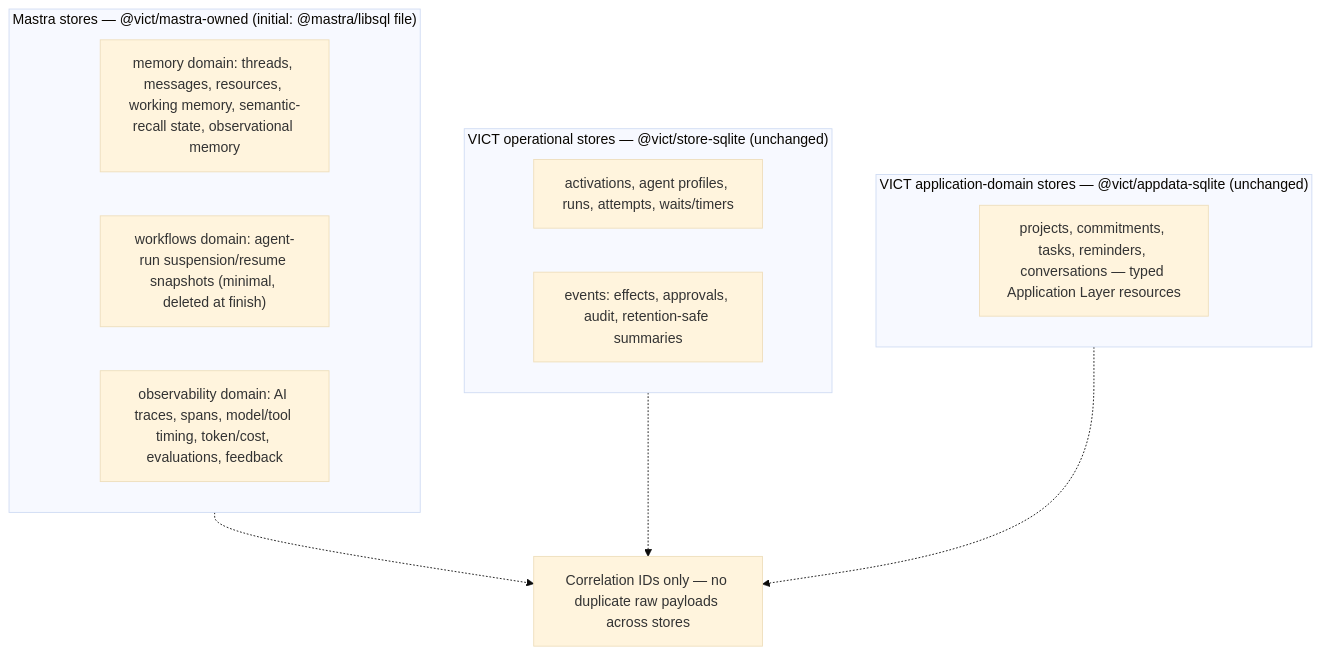
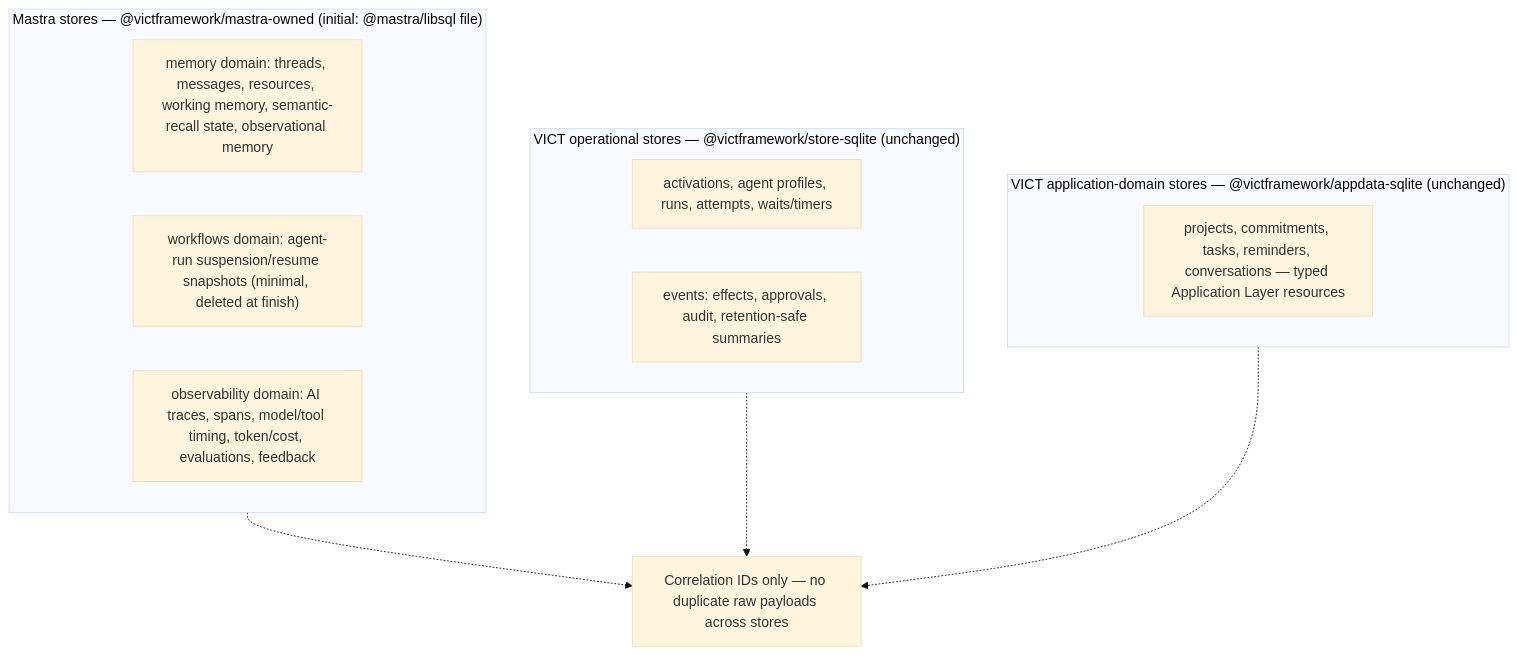
One commit to radz2291/vict-02 changed the third of 4 diagrams in docs/architecture/MASTRA-ARA-INTEGRATION.md. Above: the diagram before and after it, drawn with Mermaid (base theme). The commit also changed other lines of this file and 11 other files, not shown here.

````diff
--- a/docs/architecture/MASTRA-ARA-INTEGRATION.md
+++ b/docs/architecture/MASTRA-ARA-INTEGRATION.md
@@ -771,19 +771,19 @@
 ```mermaid
 flowchart TB
-    subgraph MSTORES["Mastra stores — @vict/mastra-owned (initial: @mastra/libsql file)"]
+    subgraph MSTORES["Mastra stores — @victframework/mastra-owned (initial: @mastra/libsql file)"]
         MEMD["memory domain: threads, messages, resources, working memory, semantic-recall state, observational memory"]
         WFD["workflows domain: agent-run suspension/resume snapshots (minimal, deleted at finish)"]
         OBSDD["observability domain: AI traces, spans, model/tool timing, token/cost, evaluations, feedback"]
     end
-    subgraph VOP["VICT operational stores — @vict/store-sqlite (unchanged)"]
+    subgraph VOP["VICT operational stores — @victframework/store-sqlite (unchanged)"]
         ACTD["activations, agent profiles, runs, attempts, waits/timers"]
         EVT2["events: effects, approvals, audit, retention-safe summaries"]
     end
-    subgraph VAD2["VICT application-domain stores — @vict/appdata-sqlite (unchanged)"]
+    subgraph VAD2["VICT application-domain stores — @victframework/appdata-sqlite (unchanged)"]
         RES2["projects, commitments, tasks, reminders, conversations — typed Application Layer resources"]
     end
     CORR2["Correlation IDs only — no duplicate raw payloads across stores"]
     MSTORES -.-> CORR2
     VOP -.-> CORR2
     VAD2 -.-> CORR2
 ```
````
